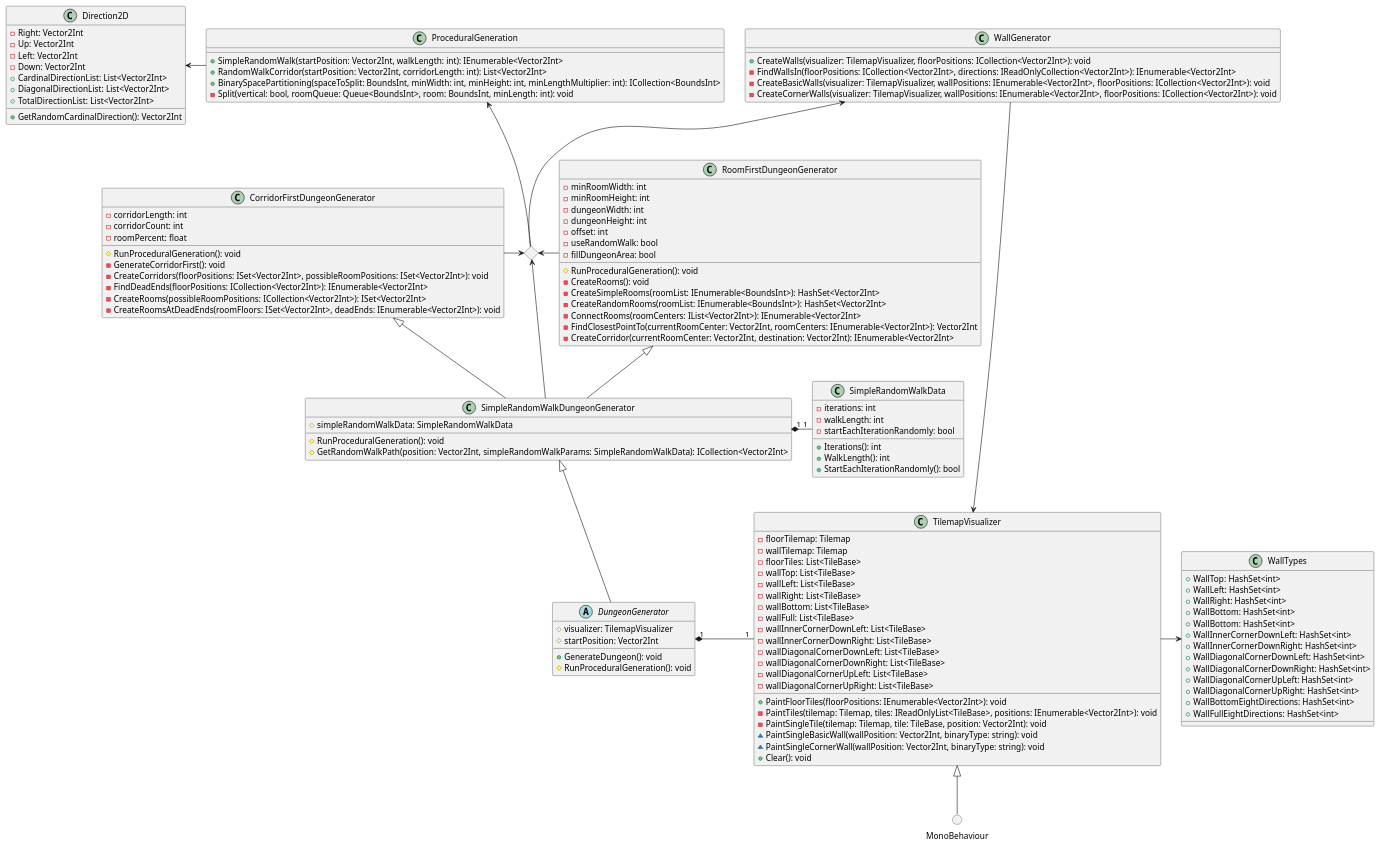
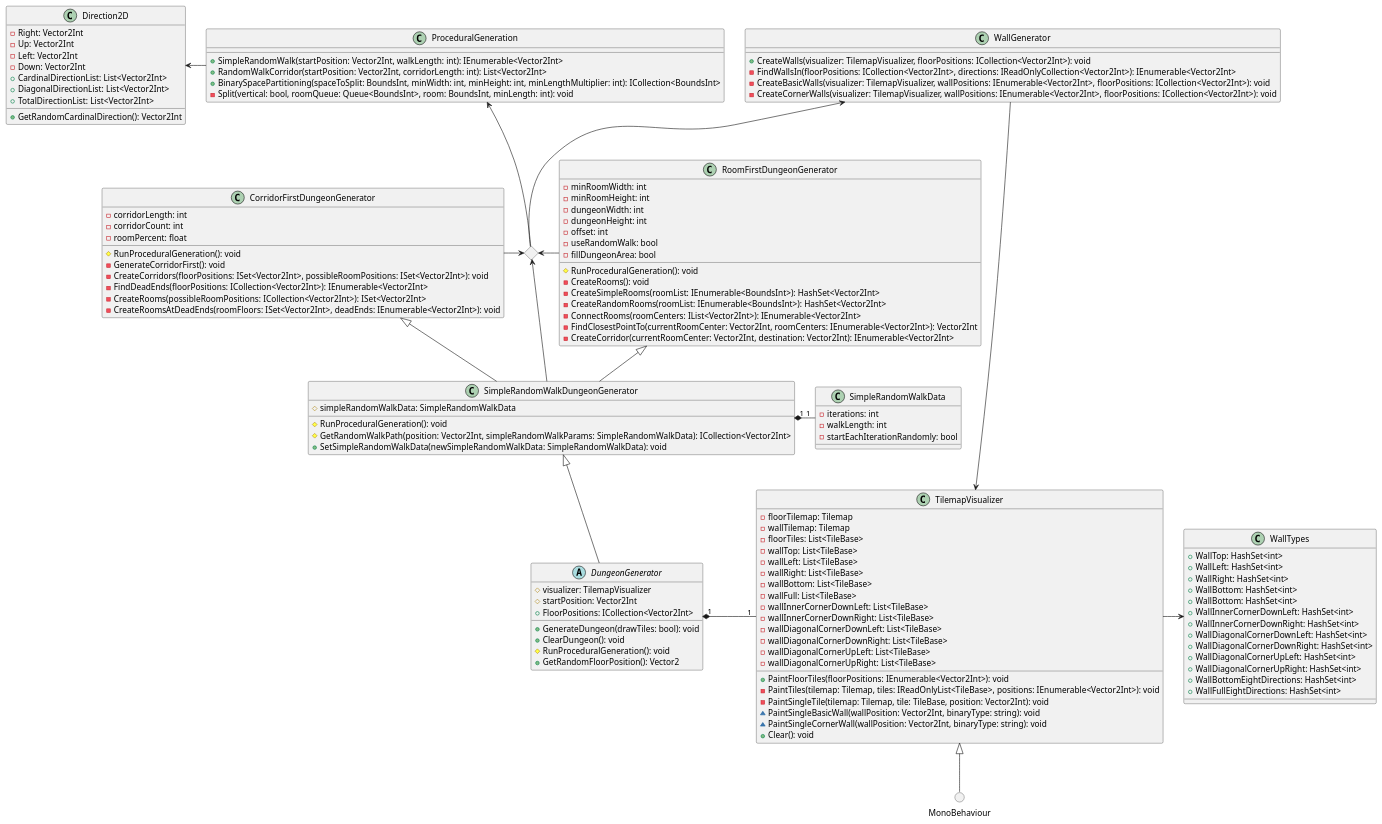
The diagram in UML/DungeonClasses.puml (rrrrares33/MDS-UnityProject), drawn with PlantUML before and after one commit. The commit also changed 41 other files, not shown here.

Commit message:
Add play mode automated test for isolated floor tiles

```diff
--- a/UML/DungeonClasses.puml
+++ b/UML/DungeonClasses.puml
@@ -1,152 +1,152 @@
 @startuml
 
 () MonoBehaviour
 <> diamond
 
 class ProceduralGeneration
 {
     +SimpleRandomWalk(startPosition: Vector2Int, walkLength: int): IEnumerable<Vector2Int>
     +RandomWalkCorridor(startPosition: Vector2Int, corridorLength: int): List<Vector2Int>
     +BinarySpacePartitioning(spaceToSplit: BoundsInt, minWidth: int, minHeight: int, minLengthMultiplier: int): ICollection<BoundsInt>
     -Split(vertical: bool, roomQueue: Queue<BoundsInt>, room: BoundsInt, minLength: int): void
 }
 class Direction2D
 {
     -Right: Vector2Int
     -Up: Vector2Int
     -Left: Vector2Int
     -Down: Vector2Int
     +CardinalDirectionList: List<Vector2Int>
     +DiagonalDirectionList: List<Vector2Int>
     +TotalDirectionList: List<Vector2Int>
     
     +GetRandomCardinalDirection(): Vector2Int
 }
 
 abstract class DungeonGenerator
 {
     #visualizer: TilemapVisualizer
     #startPosition: Vector2Int
+    +FloorPositions: ICollection<Vector2Int>
     
-    +GenerateDungeon(): void
+    +GenerateDungeon(drawTiles: bool): void
+    +ClearDungeon(): void
     #RunProceduralGeneration(): void
+    +GetRandomFloorPosition(): Vector2
 }
 
 class SimpleRandomWalkDungeonGenerator
 {
     #simpleRandomWalkData: SimpleRandomWalkData
     
     #RunProceduralGeneration(): void
     #GetRandomWalkPath(position: Vector2Int, simpleRandomWalkParams: SimpleRandomWalkData): ICollection<Vector2Int>
+    +SetSimpleRandomWalkData(newSimpleRandomWalkData: SimpleRandomWalkData): void
 }
 
 class SimpleRandomWalkData
 {
     -iterations: int
     -walkLength: int
     -startEachIterationRandomly: bool
-    
-    +Iterations(): int
-    +WalkLength(): int
-    +StartEachIterationRandomly(): bool
 }
 
 class CorridorFirstDungeonGenerator
 {
     -corridorLength: int
     -corridorCount: int
     -roomPercent: float
     
     #RunProceduralGeneration(): void
     -GenerateCorridorFirst(): void
     -CreateCorridors(floorPositions: ISet<Vector2Int>, possibleRoomPositions: ISet<Vector2Int>): void
     -FindDeadEnds(floorPositions: ICollection<Vector2Int>): IEnumerable<Vector2Int>
     -CreateRooms(possibleRoomPositions: ICollection<Vector2Int>): ISet<Vector2Int>
     -CreateRoomsAtDeadEnds(roomFloors: ISet<Vector2Int>, deadEnds: IEnumerable<Vector2Int>): void
 }
 
 class RoomFirstDungeonGenerator
 {
     -minRoomWidth: int
     -minRoomHeight: int
     -dungeonWidth: int
     -dungeonHeight: int
     -offset: int
     -useRandomWalk: bool
     -fillDungeonArea: bool
     
     #RunProceduralGeneration(): void
     -CreateRooms(): void
     -CreateSimpleRooms(roomList: IEnumerable<BoundsInt>): HashSet<Vector2Int>
     -CreateRandomRooms(roomList: IEnumerable<BoundsInt>): HashSet<Vector2Int>
     -ConnectRooms(roomCenters: IList<Vector2Int>): IEnumerable<Vector2Int>
     -FindClosestPointTo(currentRoomCenter: Vector2Int, roomCenters: IEnumerable<Vector2Int>): Vector2Int
     -CreateCorridor(currentRoomCenter: Vector2Int, destination: Vector2Int): IEnumerable<Vector2Int>
 }
 
 class TilemapVisualizer
 {
     -floorTilemap: Tilemap
     -wallTilemap: Tilemap
     -floorTiles: List<TileBase>
     -wallTop: List<TileBase>
     -wallLeft: List<TileBase>
     -wallRight: List<TileBase>
     -wallBottom: List<TileBase>
     -wallFull: List<TileBase>
     -wallInnerCornerDownLeft: List<TileBase>
     -wallInnerCornerDownRight: List<TileBase>
     -wallDiagonalCornerDownLeft: List<TileBase>
     -wallDiagonalCornerDownRight: List<TileBase>
     -wallDiagonalCornerUpLeft: List<TileBase>
     -wallDiagonalCornerUpRight: List<TileBase>
     
     +PaintFloorTiles(floorPositions: IEnumerable<Vector2Int>): void
     -PaintTiles(tilemap: Tilemap, tiles: IReadOnlyList<TileBase>, positions: IEnumerable<Vector2Int>): void
     -PaintSingleTile(tilemap: Tilemap, tile: TileBase, position: Vector2Int): void
     ~PaintSingleBasicWall(wallPosition: Vector2Int, binaryType: string): void
     ~PaintSingleCornerWall(wallPosition: Vector2Int, binaryType: string): void
     +Clear(): void
 }
 
 class WallGenerator
 {
     +CreateWalls(visualizer: TilemapVisualizer, floorPositions: ICollection<Vector2Int>): void
     -FindWallsIn(floorPositions: ICollection<Vector2Int>, directions: IReadOnlyCollection<Vector2Int>): IEnumerable<Vector2Int>
     -CreateBasicWalls(visualizer: TilemapVisualizer, wallPositions: IEnumerable<Vector2Int>, floorPositions: ICollection<Vector2Int>): void
     -CreateCornerWalls(visualizer: TilemapVisualizer, wallPositions: IEnumerable<Vector2Int>, floorPositions: ICollection<Vector2Int>): void
 }
 
 class WallTypes
 {
     +WallTop: HashSet<int>
     +WallLeft: HashSet<int>
     +WallRight: HashSet<int>
     +WallBottom: HashSet<int>
     +WallBottom: HashSet<int>
     +WallInnerCornerDownLeft: HashSet<int>
     +WallInnerCornerDownRight: HashSet<int>
     +WallDiagonalCornerDownLeft: HashSet<int>
     +WallDiagonalCornerDownRight: HashSet<int>
     +WallDiagonalCornerUpLeft: HashSet<int>
     +WallDiagonalCornerUpRight: HashSet<int>
     +WallBottomEightDirections: HashSet<int>
     +WallFullEightDirections: HashSet<int>
 }
 
 TilemapVisualizer <|-- MonoBehaviour
 TilemapVisualizer -> WallTypes
 DungeonGenerator "1" *- "1" TilemapVisualizer
 SimpleRandomWalkDungeonGenerator <|-- DungeonGenerator
 SimpleRandomWalkData "1" -* "1" SimpleRandomWalkDungeonGenerator
 CorridorFirstDungeonGenerator <|-- SimpleRandomWalkDungeonGenerator
 RoomFirstDungeonGenerator <|-- SimpleRandomWalkDungeonGenerator
 diamond <-- SimpleRandomWalkDungeonGenerator
 CorridorFirstDungeonGenerator -> diamond
 diamond <- RoomFirstDungeonGenerator
 WallGenerator <-- diamond
 WallGenerator --> TilemapVisualizer
 ProceduralGeneration <-- diamond
 Direction2D <- ProceduralGeneration
 
 @enduml
```
